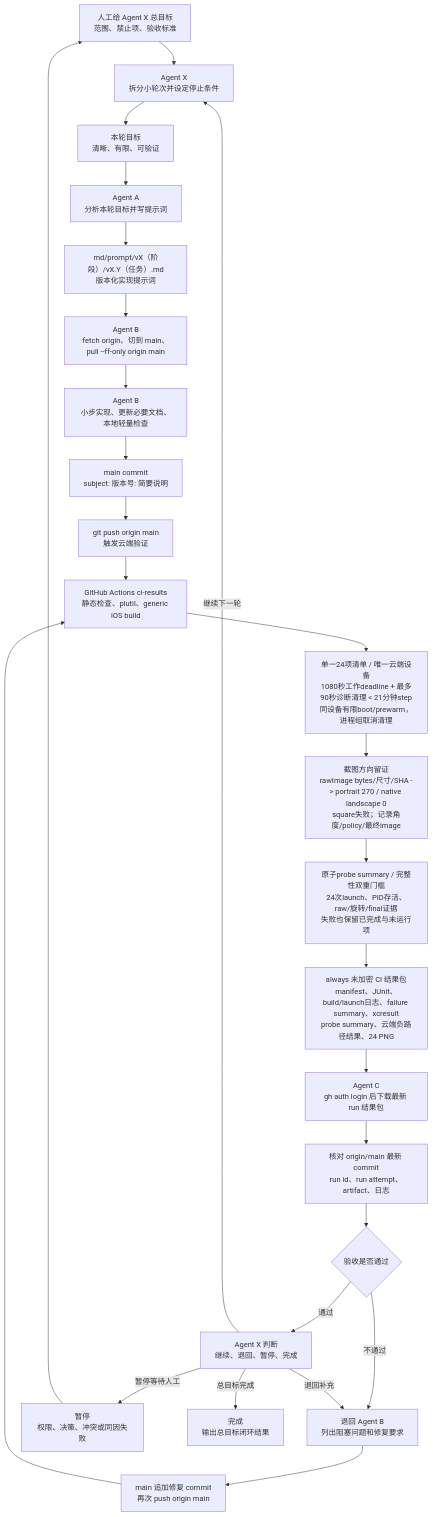
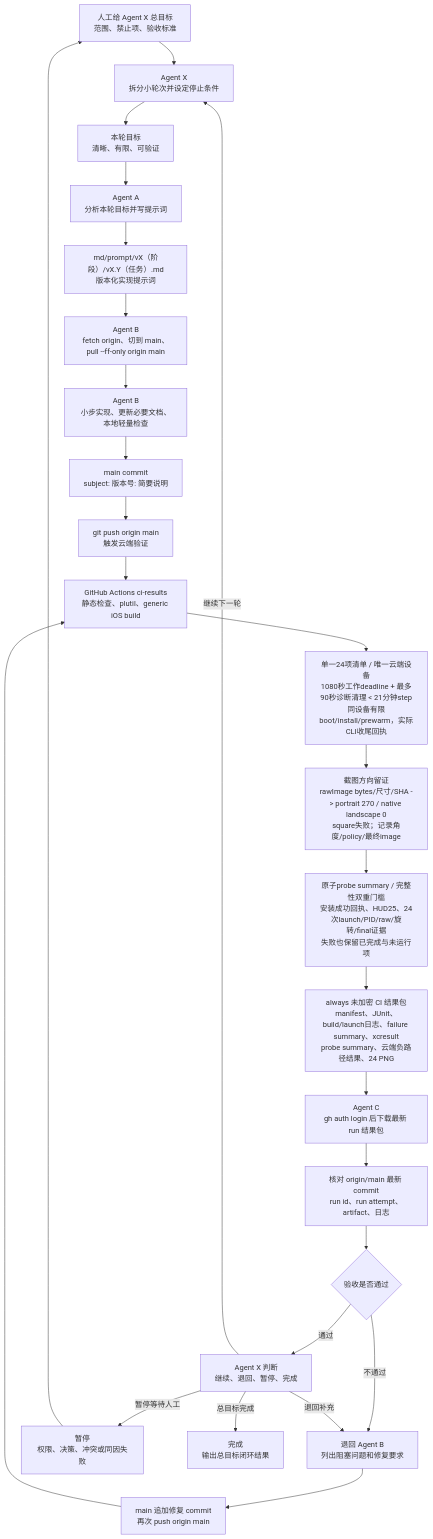
One commit to Altman-sam114/1145 changed the third of 5 diagrams in md/flow/flowchart.md. Above: the diagram before and after it, drawn with Mermaid. The commit also changed other lines of this file and 9 other files, not shown here.

````diff
--- a/md/flow/flowchart.md
+++ b/md/flow/flowchart.md
@@ -98,28 +98,28 @@
 ```mermaid
 flowchart TD
   Human["人工给 Agent X 总目标\n范围、禁止项、验收标准"] --> AgentX["Agent X\n拆分小轮次并设定停止条件"]
   AgentX --> RoundGoal["本轮目标\n清晰、有限、可验证"]
   RoundGoal --> AgentA["Agent A\n分析本轮目标并写提示词"]
   AgentA --> Prompt["md/prompt/vX（阶段）/vX.Y（任务）.md\n版本化实现提示词"]
   Prompt --> Sync["Agent B\nfetch origin、切到 main、pull --ff-only origin main"]
   Sync --> Implement["Agent B\n小步实现、更新必要文档、本地轻量检查"]
   Implement --> Commit["main commit\nsubject: 版本号: 简要说明"]
   Commit --> Push["git push origin main\n触发云端验证"]
   Push --> Actions["GitHub Actions ci-results\n静态检查、plutil、generic iOS build"]
-  Actions --> Probe["单一24项清单 / 唯一云端设备\n1080秒工作deadline + 最多90秒诊断清理 < 21分钟step\n同设备有限boot/prewarm，进程组取消清理"]
+  Actions --> Probe["单一24项清单 / 唯一云端设备\n1080秒工作deadline + 最多90秒诊断清理 < 21分钟step\n同设备有限boot/install/prewarm，实际CLI收尾回执"]
   Probe --> Normalize["截图方向留证\nrawImage bytes/尺寸/SHA -> portrait 270 / native landscape 0\nsquare失败；记录角度/policy/最终image"]
-  Normalize --> Integrity["原子probe summary / 完整性双重门槛\n24次launch、PID存活、raw/旋转/final证据\n失败也保留已完成与未运行项"]
+  Normalize --> Integrity["原子probe summary / 完整性双重门槛\n安装成功回执、HUD25、24次launch/PID/raw/旋转/final证据\n失败也保留已完成与未运行项"]
   Integrity --> Artifact["always 未加密 CI 结果包\nmanifest、JUnit、build/launch日志、failure summary、xcresult\nprobe summary、云端负路径结果、24 PNG"]
   Artifact --> AgentC["Agent C\ngh auth login 后下载最新 run 结果包"]
   AgentC --> Verify["核对 origin/main 最新 commit\nrun id、run attempt、artifact、日志"]
   Verify --> Gate{"验收是否通过"}
   Gate -- "不通过" --> BackB["退回 Agent B\n列出阻塞问题和修复要求"]
   BackB --> Fix["main 追加修复 commit\n再次 push origin main"]
   Fix --> Actions
   Gate -- "通过" --> XJudge["Agent X 判断\n继续、退回、暂停、完成"]
   XJudge -- "继续下一轮" --> AgentX
   XJudge -- "退回补充" --> BackB
   XJudge -- "暂停等待人工" --> Pause["暂停\n权限、决策、冲突或同因失败"]
   Pause --> Human
   XJudge -- "总目标完成" --> Done["完成\n输出总目标闭环结果"]
 ```
````
